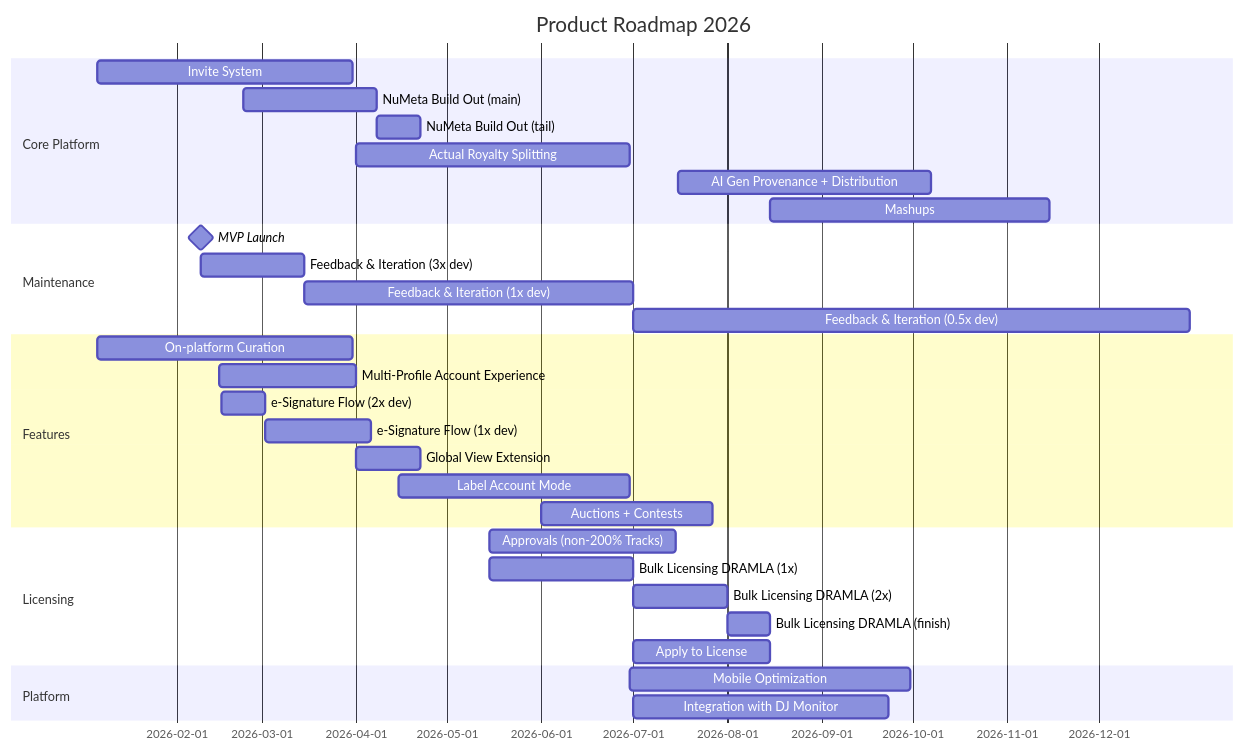
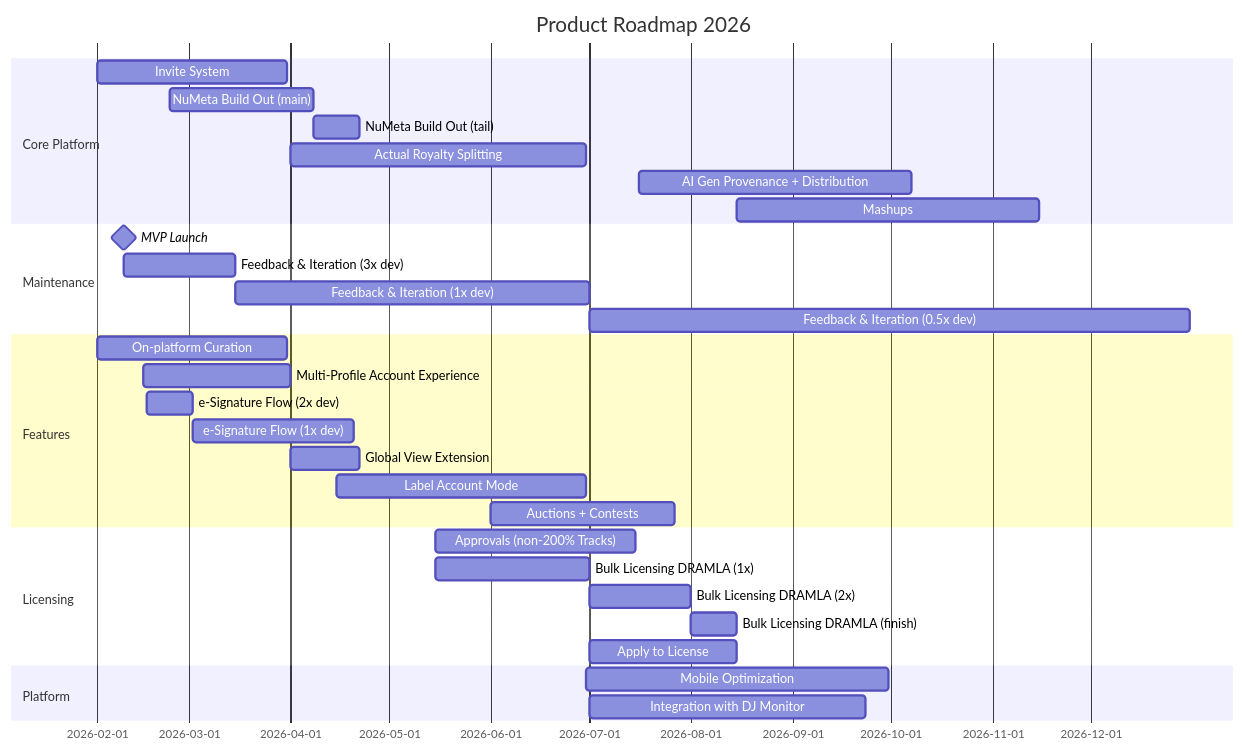
The diagram in roadmap.md (ARC-H1VE/vers1ons-roadmap), drawn with Mermaid before and after one commit. The commit also changed other lines of this file and 1 other file, not shown here.

First line of the commit message:
Adjust timeline: Feb start, extend e-Signature

````diff
--- a/roadmap.md
+++ b/roadmap.md
@@ -110,39 +110,39 @@
 ```mermaid
 gantt
     title Product Roadmap 2026
     dateFormat YYYY-MM-DD
 
     section Core Platform
-    Invite System                    :2026-01-06, 2026-03-31
+    Invite System                    :2026-02-01, 2026-03-31
     NuMeta Build Out (main)          :2026-02-23, 2026-04-08
     NuMeta Build Out (tail)          :2026-04-08, 2026-04-22
     Actual Royalty Splitting         :2026-04-01, 2026-06-30
     AI Gen Provenance + Distribution :2026-07-16, 2026-10-07
     Mashups                          :2026-08-15, 2026-11-15
 
     section Maintenance
     MVP Launch                       :milestone, 2026-02-09, 0d
     Feedback & Iteration (3x dev)    :2026-02-09, 2026-03-15
     Feedback & Iteration (1x dev)    :2026-03-15, 2026-07-01
     Feedback & Iteration (0.5x dev)  :2026-07-01, 2026-12-31
 
     section Features
-    On-platform Curation             :2026-01-06, 2026-03-31
+    On-platform Curation             :2026-02-01, 2026-03-31
     Multi-Profile Account Experience :2026-02-15, 2026-04-01
     e-Signature Flow (2x dev)        :2026-02-16, 2026-03-02
-    e-Signature Flow (1x dev)        :2026-03-02, 2026-04-06
+    e-Signature Flow (1x dev)        :2026-03-02, 2026-04-20
     Global View Extension            :2026-04-01, 2026-04-22
     Label Account Mode               :2026-04-15, 2026-06-30
     Auctions + Contests              :2026-06-01, 2026-07-27
 
     section Licensing
     Approvals (non-200% Tracks)      :2026-05-15, 2026-07-15
     Bulk Licensing DRAMLA (1x)       :2026-05-15, 2026-07-01
     Bulk Licensing DRAMLA (2x)       :2026-07-01, 2026-08-01
     Bulk Licensing DRAMLA (finish)   :2026-08-01, 2026-08-15
     Apply to License                 :2026-07-01, 2026-08-15
 
     section Platform
     Mobile Optimization              :2026-06-30, 2026-09-30
     Integration with DJ Monitor      :2026-07-01, 2026-09-23
 ```
````
